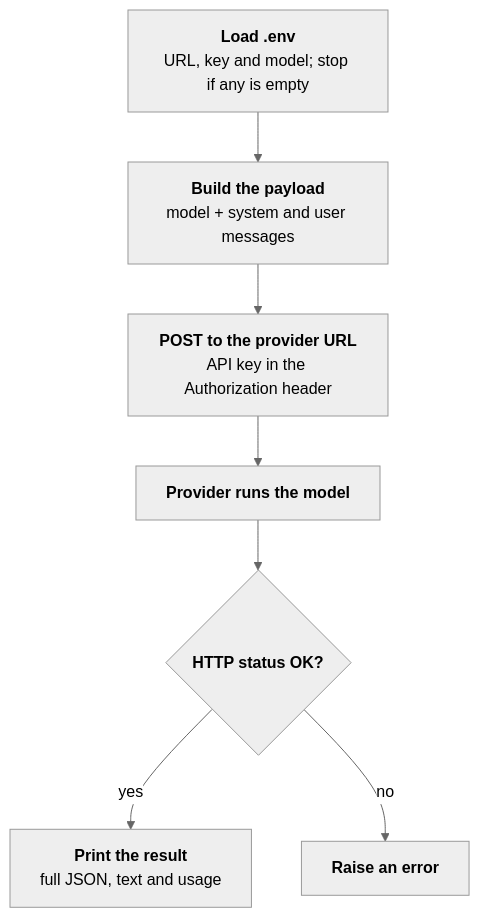
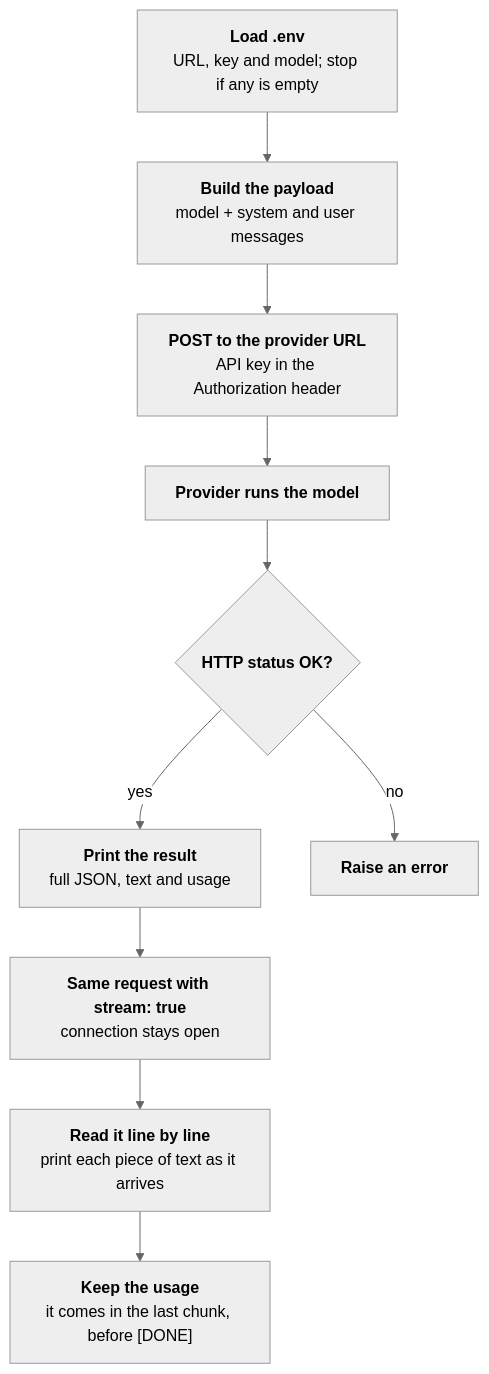
One commit to gabrielroubiera/the-model-proposes changed the diagram in exercises/llm-fundamentals/01-raw-api-call/README.md. Above: the diagram before and after it, drawn with Mermaid (neutral theme). The commit also changed other lines of this file and 3 other files, not shown here.

First line of the commit message:
feat: stream the raw API call to see how a response arrives in chunks

````diff
--- a/exercises/llm-fundamentals/01-raw-api-call/README.md
+++ b/exercises/llm-fundamentals/01-raw-api-call/README.md
@@ -18,14 +19,19 @@
 ```mermaid
 flowchart TD
     A["<b>Load .env</b><br/>URL, key and model; stop if any is empty"]
     B["<b>Build the payload</b><br/>model + system and user messages"]
     C["<b>POST to the provider URL</b><br/>API key in the Authorization header"]
     D["<b>Provider runs the model</b>"]
     E{"<b>HTTP status OK?</b>"}
     F["<b>Print the result</b><br/>full JSON, text and usage"]
     G["<b>Raise an error</b>"]
 
+    H["<b>Same request with stream: true</b><br/>connection stays open"]
+    I["<b>Read it line by line</b><br/>print each piece of text as it arrives"]
+    J["<b>Keep the usage</b><br/>it comes in the last chunk, before [DONE]"]
+
     A --> B --> C --> D --> E
     E -- yes --> F
     E -- no --> G
+    F --> H --> I --> J
 ```
````
